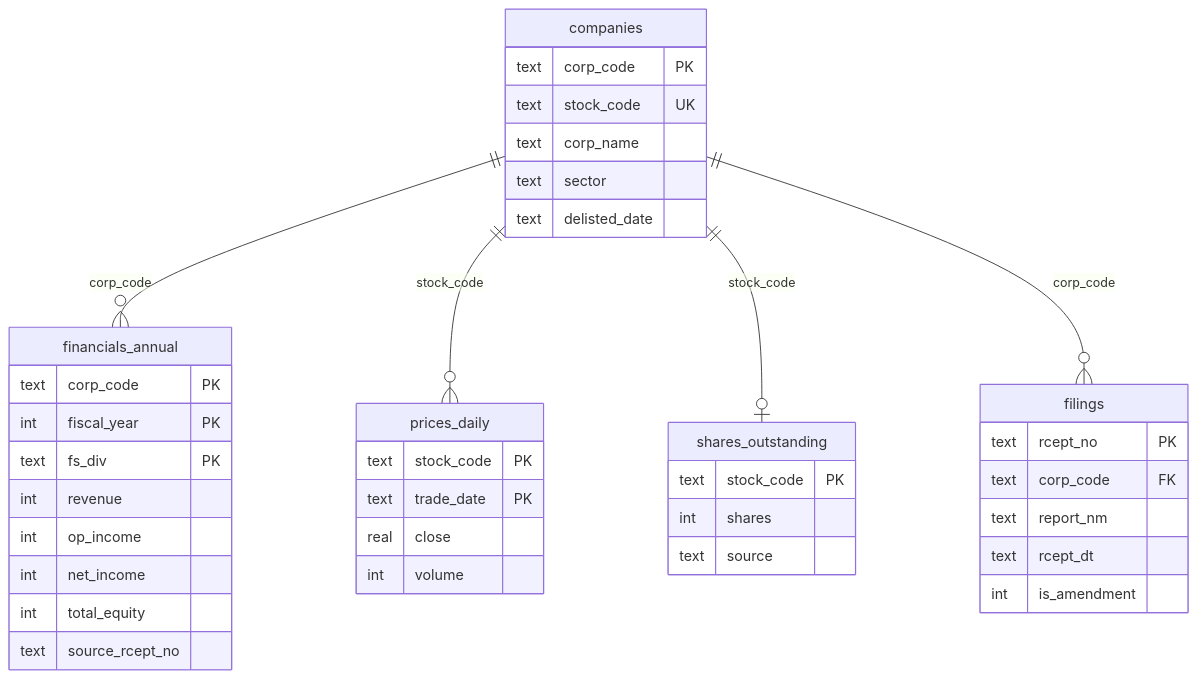
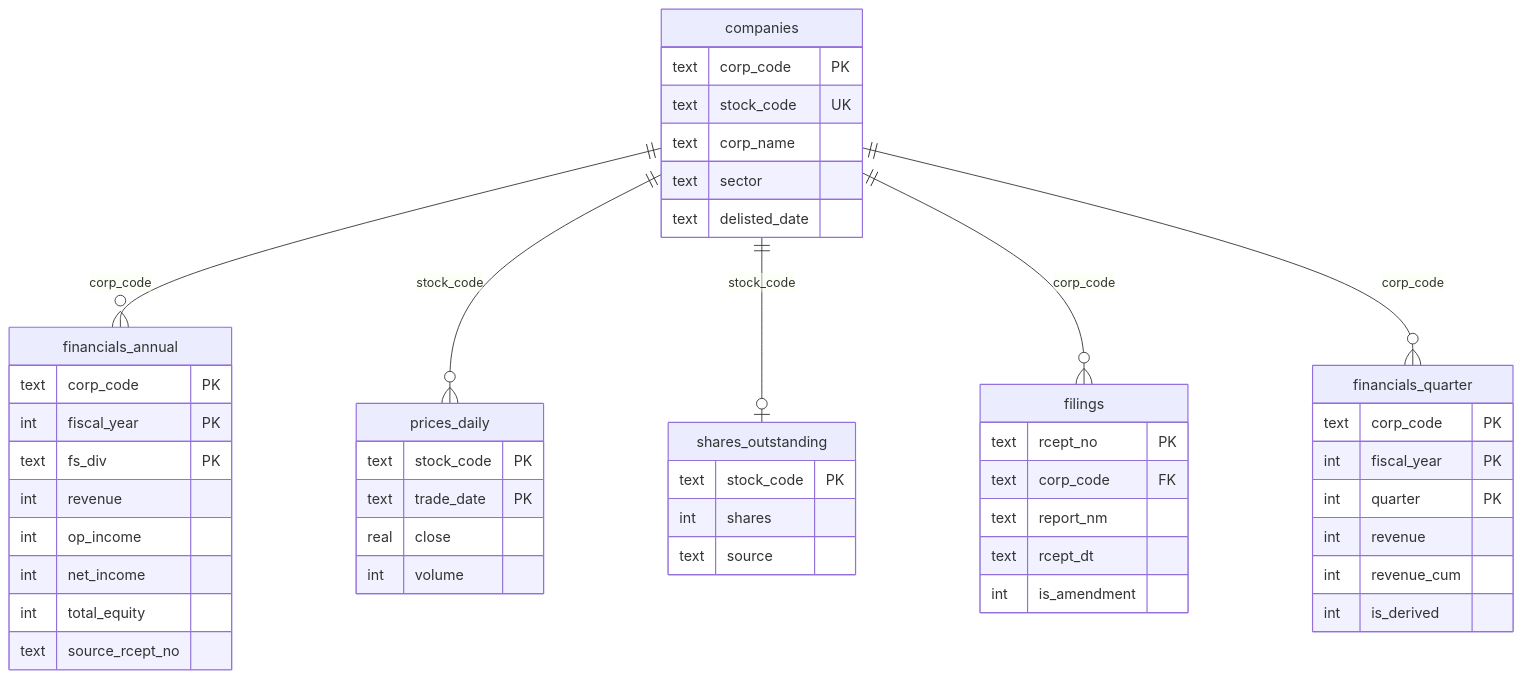
The third of 3 diagrams in docs/SQL_STRUCTURE.md (dhpark19955-code/dart-sql-portfolio), drawn with Mermaid before and after one commit. The commit also changed other lines of this file and 4 other files, not shown here.

````diff
--- a/docs/SQL_STRUCTURE.md
+++ b/docs/SQL_STRUCTURE.md
@@ -40,42 +42,51 @@
 ```mermaid
 erDiagram
   companies ||--o{ financials_annual : corp_code
   companies ||--o{ prices_daily : stock_code
   companies ||--o| shares_outstanding : stock_code
   companies ||--o{ filings : corp_code
+  companies ||--o{ financials_quarter : corp_code
   companies {
     text corp_code PK
     text stock_code UK
     text corp_name
     text sector
     text delisted_date
   }
   financials_annual {
     text corp_code PK
     int fiscal_year PK
     text fs_div PK
     int revenue
     int op_income
     int net_income
     int total_equity
     text source_rcept_no
   }
   prices_daily {
     text stock_code PK
     text trade_date PK
     real close
     int volume
   }
   shares_outstanding {
     text stock_code PK
     int shares
     text source
   }
+  financials_quarter {
+    text corp_code PK
+    int fiscal_year PK
+    int quarter PK
+    int revenue
+    int revenue_cum
+    int is_derived
+  }
   filings {
     text rcept_no PK
     text corp_code FK
     text report_nm
     text rcept_dt
     int is_amendment
   }
 ```
````
